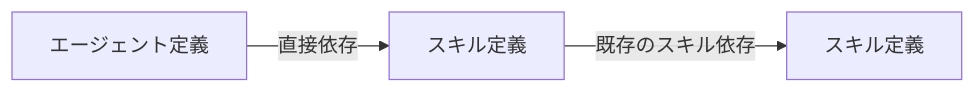
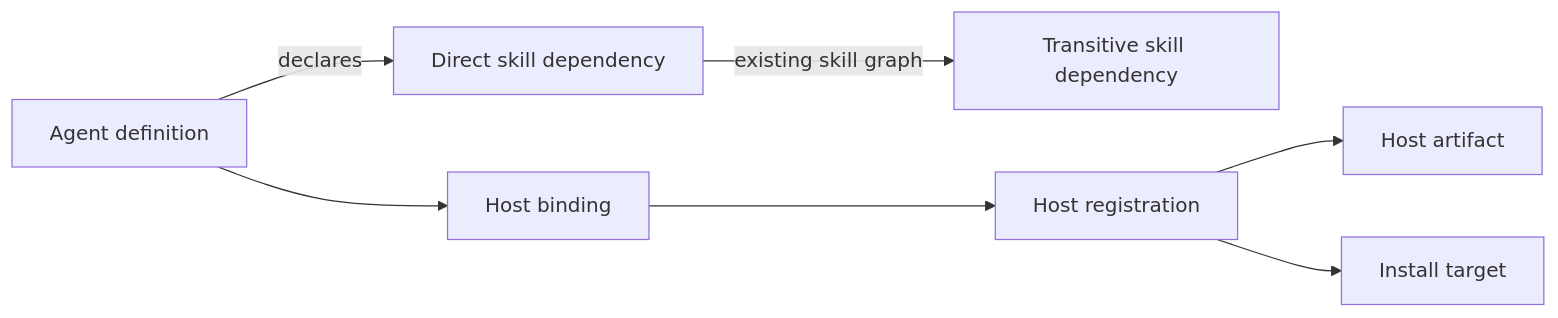
The diagram in docs/custom-agent-distribution-design.md (mackysoft/agent-skills), drawn with Mermaid before and after one commit. The commit also changed other lines of this file and 440 other files, not shown here.

````diff
--- a/docs/custom-agent-distribution-design.md
+++ b/docs/custom-agent-distribution-design.md
@@ -72,5 +40,9 @@
 ```mermaid
 flowchart LR
-    A["エージェント定義"] -->|"直接依存"| S1["スキル定義"]
-    S1 -->|"既存のスキル依存"| S2["スキル定義"]
+    D["Agent definition"] -->|"declares"| S1["Direct skill dependency"]
+    S1 -->|"existing skill graph"| S2["Transitive skill dependency"]
+    D --> B["Host binding"]
+    B --> R["Host registration"]
+    R --> A["Host artifact"]
+    R --> T["Install target"]
 ```
````
